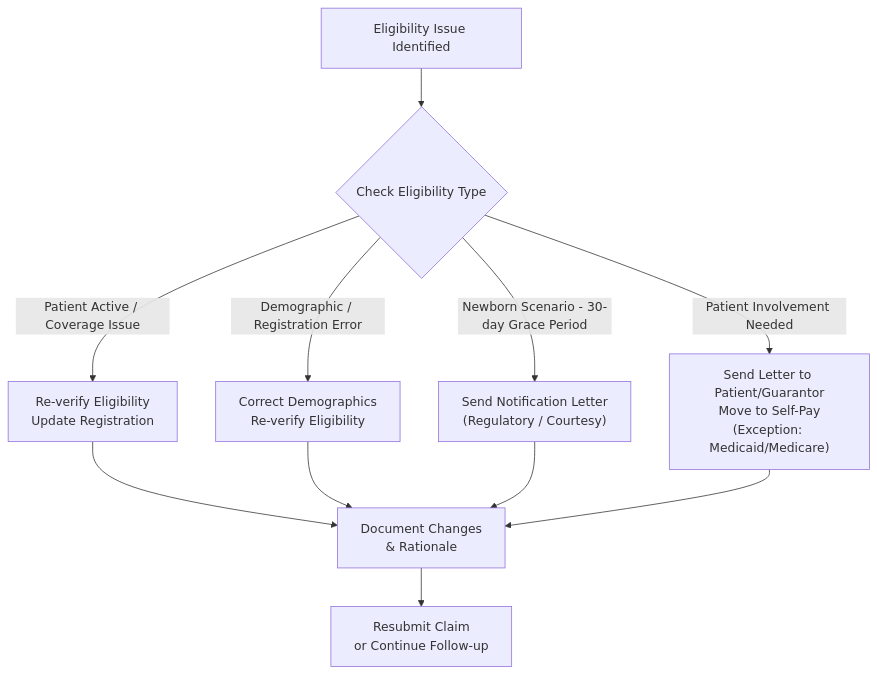
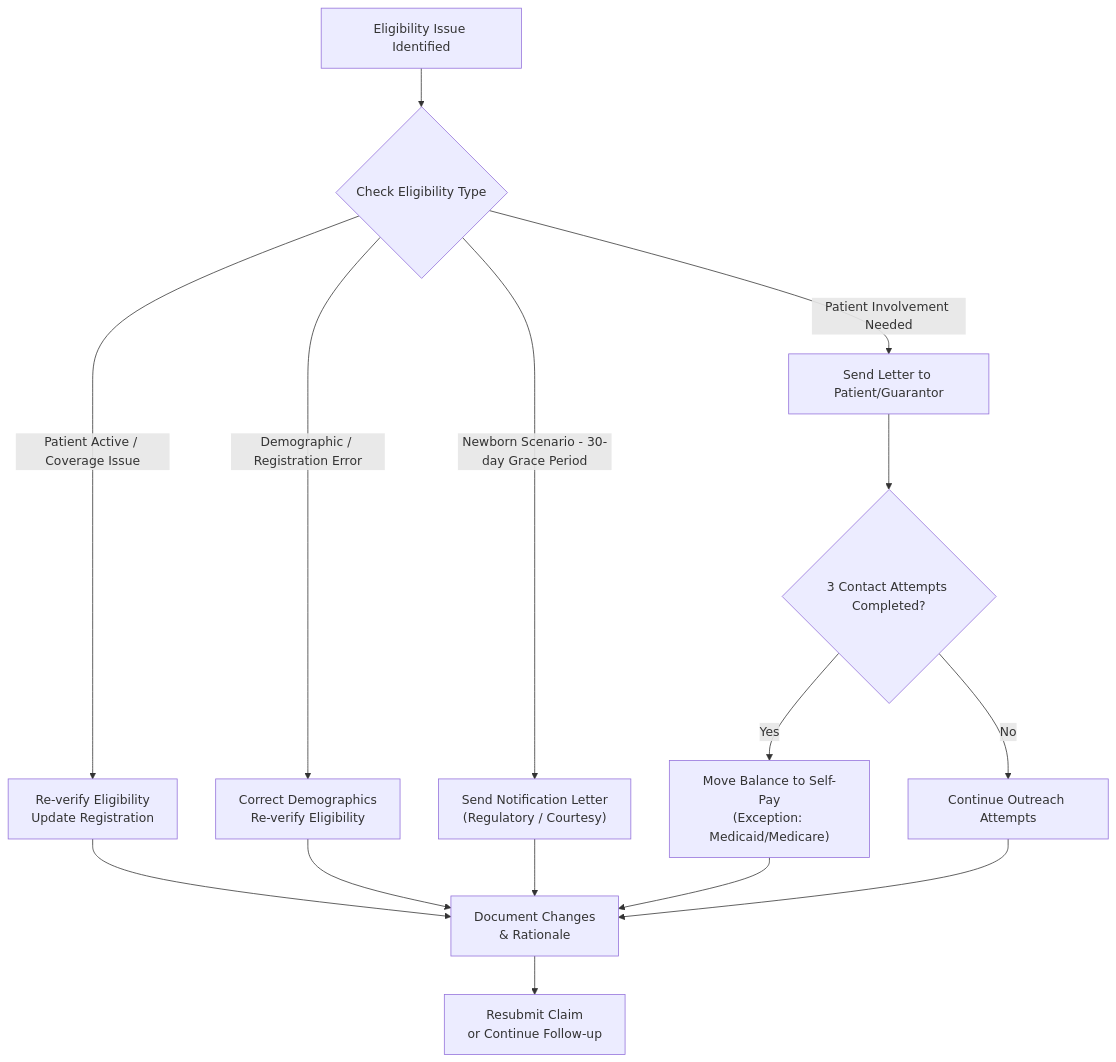
The first of 3 diagrams in workflows/registration-workflow.md (shainemeister/revenue-cycle-sop-and-workflow-framework), drawn with Mermaid before and after one commit. The commit also changed other lines of this file, not shown here.

Commit message:
Refine Eligibility diagram to separate 'Send Letter' from 'Move to Self-Pay after 3 contact attempts'. Update Authorization diagram based on provided reference while keeping visual style consistent with the rest of the file. Version maintained at 1.6.

````diff
--- a/workflows/registration-workflow.md
+++ b/workflows/registration-workflow.md
@@ -23,16 +23,21 @@
 ```mermaid
 flowchart TD
     A[Eligibility Issue Identified] --> B{Check Eligibility Type}
     
     B -->|Patient Active / Coverage Issue| B1["Re-verify Eligibility<br>Update Registration"]
     B -->|Demographic / Registration Error| B2["Correct Demographics<br>Re-verify Eligibility"]
     B -->|Newborn Scenario - 30-day Grace Period| B3["Send Notification Letter<br>(Regulatory / Courtesy)"]
-    B -->|Patient Involvement Needed| B4["Send Letter to Patient/Guarantor<br>Move to Self-Pay<br>(Exception: Medicaid/Medicare)"]
+    B -->|Patient Involvement Needed| B4["Send Letter to Patient/Guarantor"]
+    
+    B4 --> B4a{3 Contact Attempts Completed?}
+    B4a -->|Yes| B4b["Move Balance to Self-Pay<br>(Exception: Medicaid/Medicare)"]
+    B4a -->|No| B4c[Continue Outreach Attempts]
     
     B1 --> C["Document Changes<br>& Rationale"]
     B2 --> C
     B3 --> C
-    B4 --> C
+    B4b --> C
+    B4c --> C
     
     C --> D["Resubmit Claim<br>or Continue Follow-up"]
 ```
````
